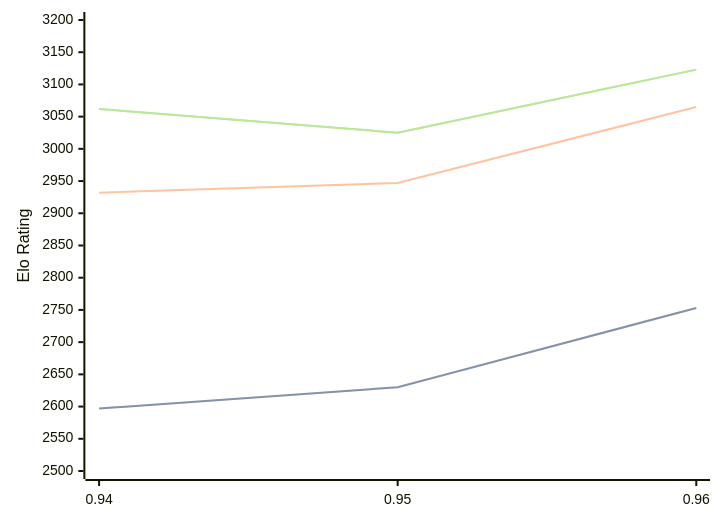
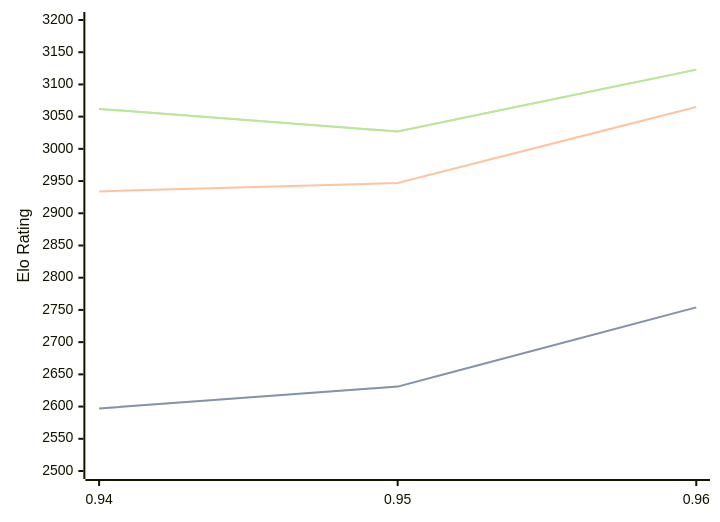
The diagram in engines/Myrddin.md (computer-chess-index/cci), drawn with Mermaid before and after one commit. The commit also changed other lines of this file, not shown here.

Commit message:
Update CCI Ratings (ELO VLTC) - 2026-09-16

````diff
--- a/engines/Myrddin.md
+++ b/engines/Myrddin.md
@@ -33,11 +33,11 @@
 ```mermaid
 %%{init: {"theme":"base","themeVariables":{"seriesColors:['#a3a3a3','#222221','#faa371']}}}%%
 xychart-beta
   x-axis ["0.94", "0.95", "0.96"]
   y-axis "Elo Rating" 2500 --> 3200
-  line "" [2597, 2630, 2753]
-  line "STC (8.0+0.08s)" [2597, 2630, 2753]
-  line "LTC (60.0+0.60s)" [2932, 2947, 3065]
-  line "" [3062, 3025, 3123]
-  line "VLTC (2m24s+1.12s)" [3062, 3025, 3123]
+  line "" [2597, 2631, 2754]
+  line "STC (8.0+0.08s)" [2597, 2631, 2754]
+  line "LTC (60.0+0.60s)" [2934, 2947, 3065]
+  line "" [3062, 3027, 3123]
+  line "VLTC (2m24s+1.12s)" [3062, 3027, 3123]
 ```
````
